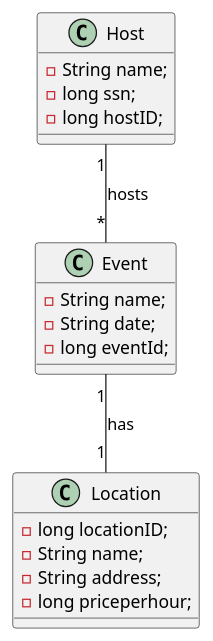
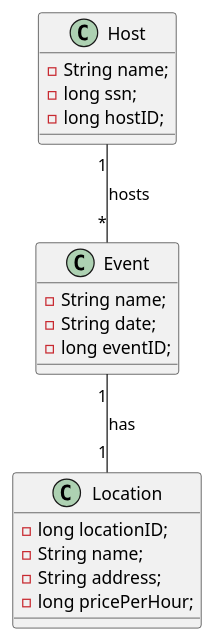
Before and after one commit to 2122-5ahitm-sew/01-microproject-sknogler: the diagram in asciidoc/plantuml/cld.puml, drawn with PlantUML.

Commit message:
CLD typos fixed

```diff
--- a/asciidoc/plantuml/cld.puml
+++ b/asciidoc/plantuml/cld.puml
@@ -1,25 +1,25 @@
 @startuml
 
 class Event{
   - String name;
   - String date;
-  - long eventId;
+  - long eventID;
 }
 
 class Host{
   - String name;
   - long ssn;
   - long hostID;
 }
 
 class Location{
   - long locationID;
   - String name;
   - String address;
-  - long priceperhour;
+  - long pricePerHour;
 }
 
 Host "1" -- "*" Event : hosts
 Event "1" == "1" Location : has
 
 @enduml
```
